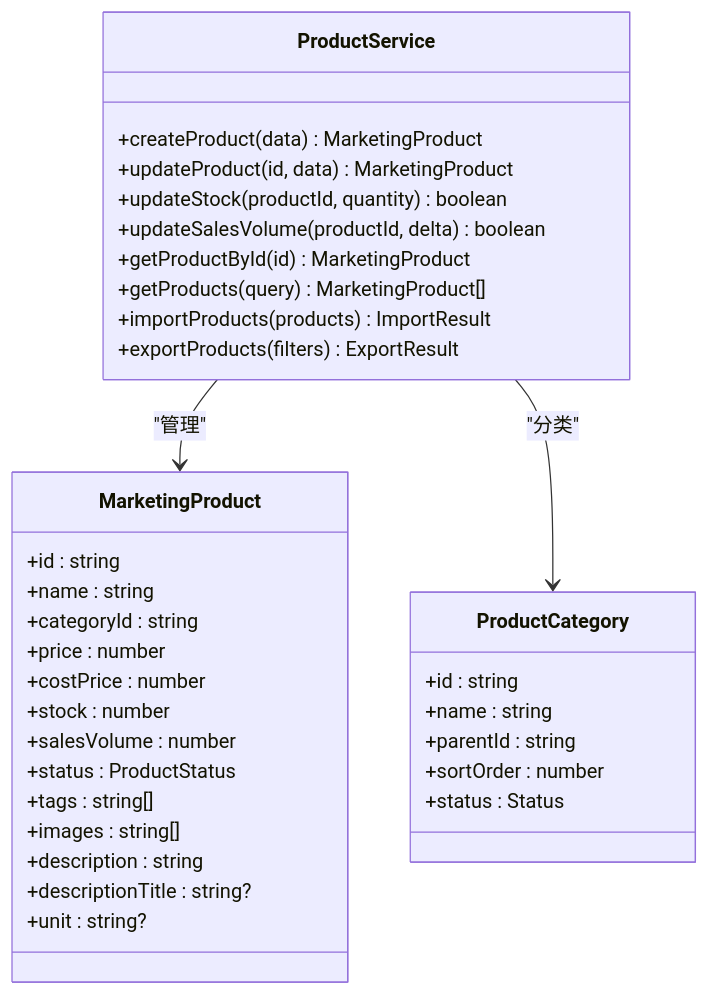
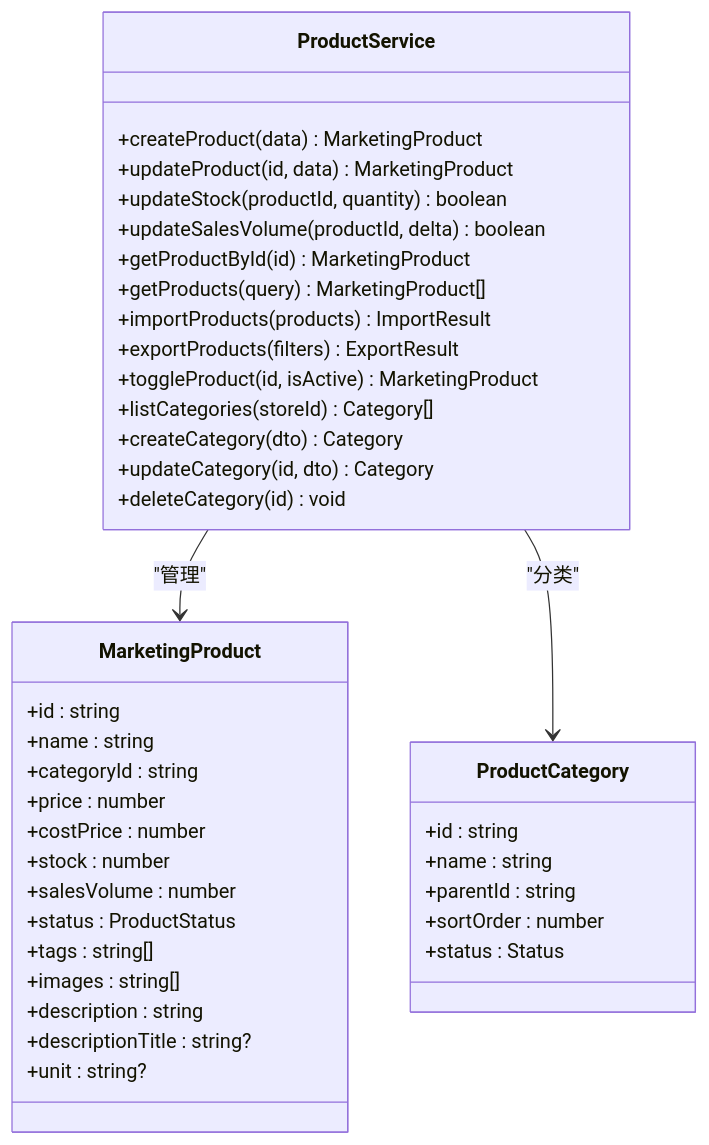
One commit to rc558620/purelyprofit-server changed the fifth of 23 diagrams in .qoder/repowiki/zh/content/业务模块/营销推广模块/营销推广模块.md. Above: the diagram before and after it, drawn with Mermaid. The commit also changed other lines of this file and 11 other files, not shown here.

````diff
--- a/.qoder/repowiki/zh/content/业务模块/营销推广模块/营销推广模块.md
+++ b/.qoder/repowiki/zh/content/业务模块/营销推广模块/营销推广模块.md
@@ -355,37 +375,42 @@
 ```mermaid
 classDiagram
 class MarketingProduct {
 +id : string
 +name : string
 +categoryId : string
 +price : number
 +costPrice : number
 +stock : number
 +salesVolume : number
 +status : ProductStatus
 +tags : string[]
 +images : string[]
 +description : string
 +descriptionTitle : string?
 +unit : string?
 }
 class ProductCategory {
 +id : string
 +name : string
 +parentId : string
 +sortOrder : number
 +status : Status
 }
 class ProductService {
 +createProduct(data) MarketingProduct
 +updateProduct(id, data) MarketingProduct
 +updateStock(productId, quantity) boolean
 +updateSalesVolume(productId, delta) boolean
 +getProductById(id) MarketingProduct
 +getProducts(query) MarketingProduct[]
 +importProducts(products) ImportResult
 +exportProducts(filters) ExportResult
++toggleProduct(id, isActive) MarketingProduct
++listCategories(storeId) Category[]
++createCategory(dto) Category
++updateCategory(id, dto) Category
++deleteCategory(id) void
 }
 ProductService --> MarketingProduct : "管理"
 ProductService --> ProductCategory : "分类"
 ```
````
